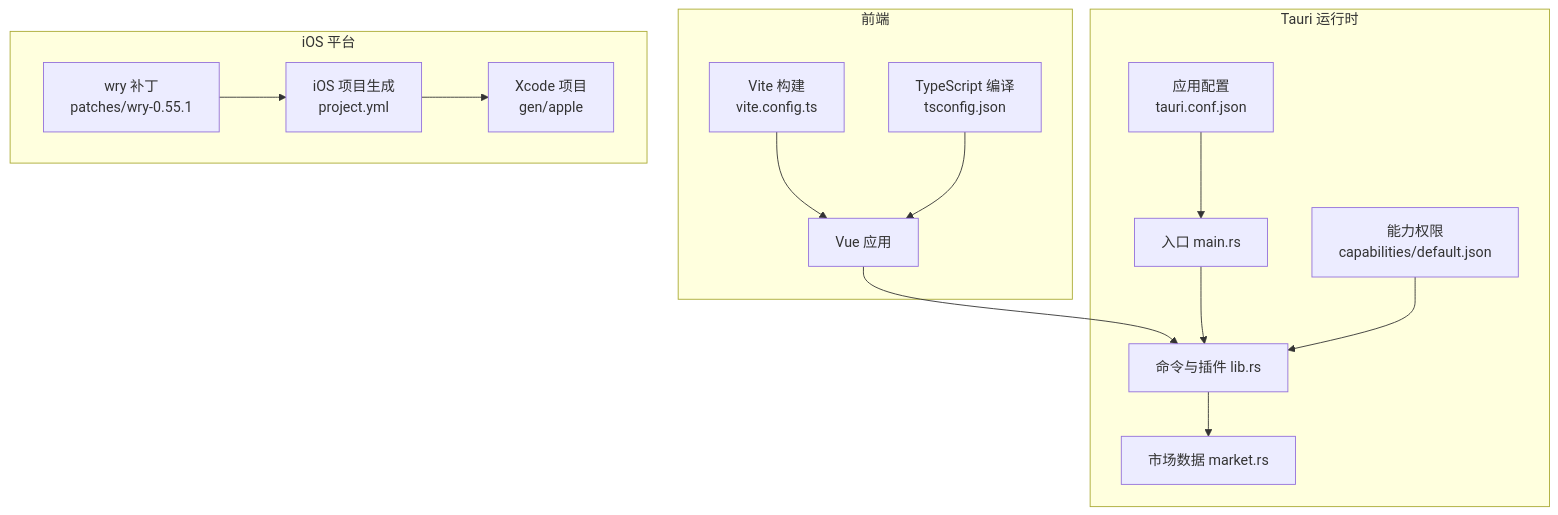
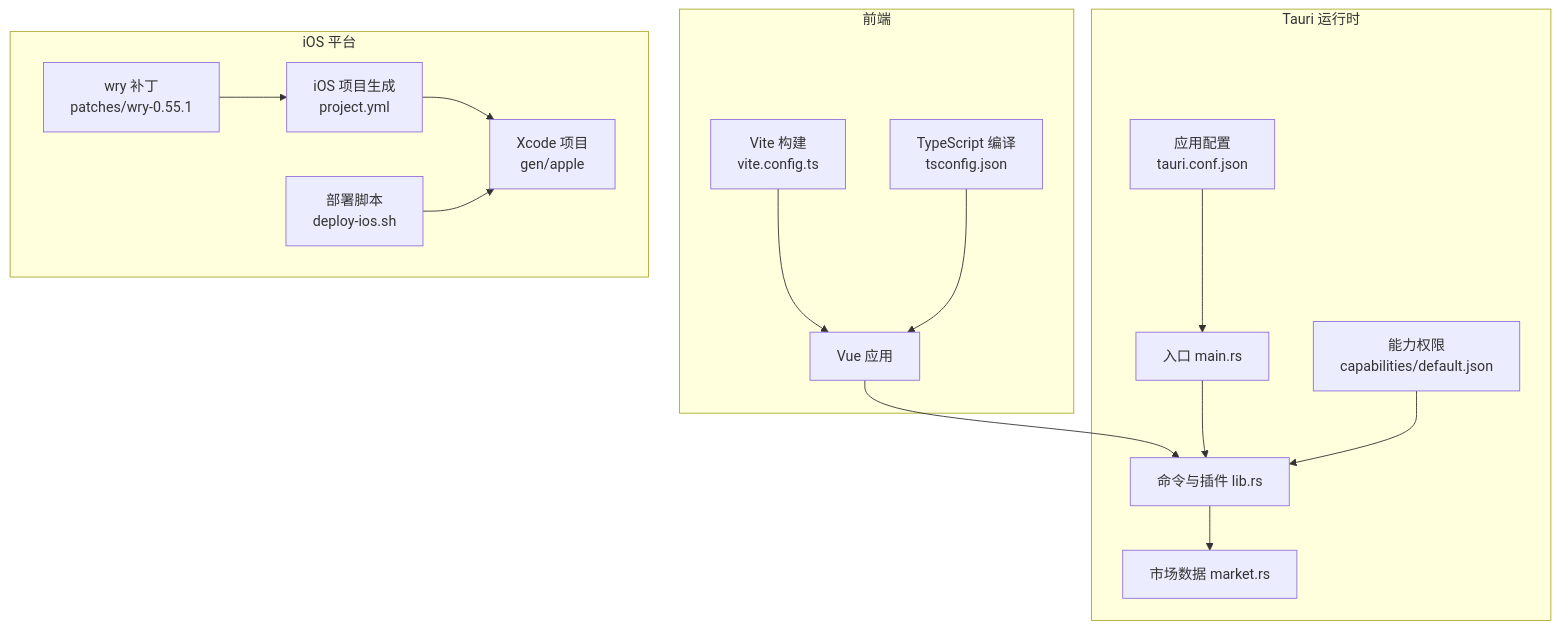
Before and after one commit to jiashaoying/hq-kanban-app: the first of 4 diagrams in .qoder/repowiki/zh/content/配置与部署.md, drawn with Mermaid. The commit also changed other lines of this file and 7 other files, not shown here.

````diff
--- a/.qoder/repowiki/zh/content/配置与部署.md
+++ b/.qoder/repowiki/zh/content/配置与部署.md
@@ -54,29 +57,31 @@
 ```mermaid
 graph TB
 subgraph "前端"
 VITE["Vite 构建<br/>vite.config.ts"]
 TS["TypeScript 编译<br/>tsconfig.json"]
 VUE["Vue 应用"]
 end
 subgraph "Tauri 运行时"
 CONF["应用配置<br/>tauri.conf.json"]
 CAPS["能力权限<br/>capabilities/default.json"]
 RUST_MAIN["入口 main.rs"]
 RUST_LIB["命令与插件 lib.rs"]
 MARKET["市场数据 market.rs"]
 end
 subgraph "iOS 平台"
 IOS_GEN["iOS 项目生成<br/>project.yml"]
 WRY_PATCH["wry 补丁<br/>patches/wry-0.55.1"]
 XCODE["Xcode 项目<br/>gen/apple"]
+DEPLOY["部署脚本<br/>deploy-ios.sh"]
 end
 VITE --> VUE
 TS --> VUE
 VUE --> RUST_LIB
 RUST_MAIN --> RUST_LIB
 RUST_LIB --> MARKET
 CONF --> RUST_MAIN
 CAPS --> RUST_LIB
 IOS_GEN --> XCODE
 WRY_PATCH --> IOS_GEN
+DEPLOY --> XCODE
 ```
````
